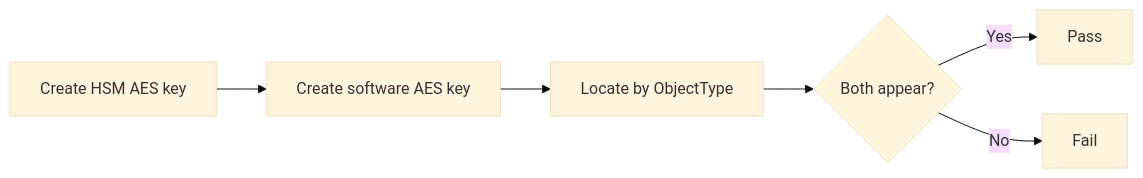
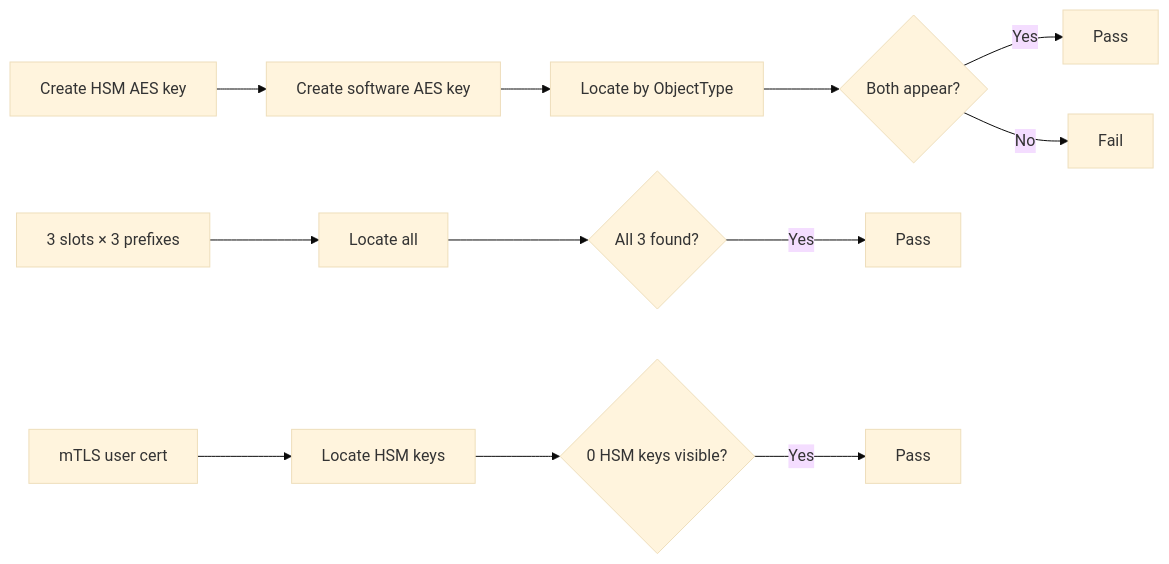
One commit to Cosmian/kms changed diagram 15 of 32 in ui/tests/e2e/README.md. Above: the diagram before and after it, drawn with Mermaid (base theme). The commit also changed other lines of this file and 89 other files, not shown here.

````diff
--- a/ui/tests/e2e/README.md
+++ b/ui/tests/e2e/README.md
@@ -203,8 +242,14 @@
 ```mermaid
 graph LR
     A[Create HSM AES key] --> B[Create software AES key]
     B --> C[Locate by ObjectType]
     C --> D{Both appear?}
     D -->|Yes| E[Pass]
     D -->|No| F[Fail]
+    G[3 slots × 3 prefixes] --> H[Locate all]
+    H --> I{All 3 found?}
+    I -->|Yes| J[Pass]
+    K[mTLS user cert] --> L[Locate HSM keys]
+    L --> M{0 HSM keys visible?}
+    M -->|Yes| N[Pass]
 ```
````
